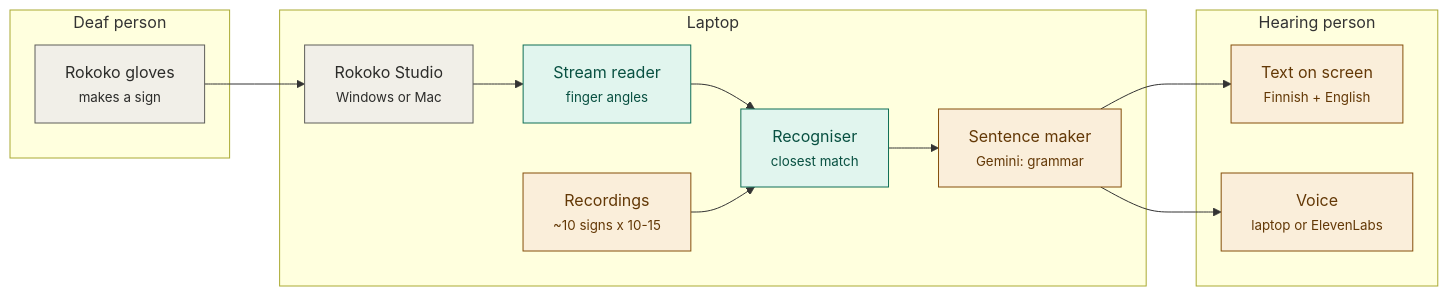
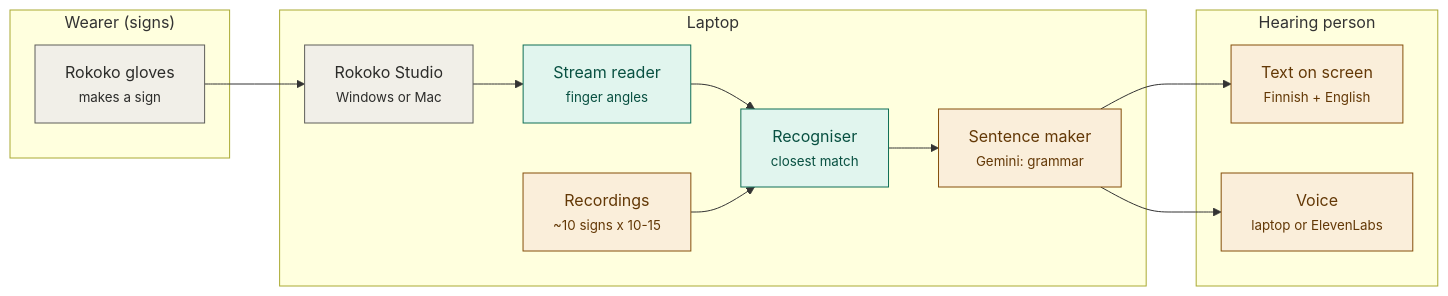
One commit to mushfiqulIslam/sign_talk changed the fourth of 4 diagrams in docs/architecture.md. Above: the diagram before and after it, drawn with Mermaid. The commit also changed other lines of this file and 8 other files, not shown here.

First line of the commit message:
Wording: say 'people with hearing loss' / 'the wearer' instead of 'deaf'

````diff
--- a/docs/architecture.md
+++ b/docs/architecture.md
@@ -187,27 +187,27 @@
 ```mermaid
 flowchart LR
-  subgraph Deaf["Deaf person"]
+  subgraph Signer["Wearer (signs)"]
     gloves["Rokoko gloves<br/><small>makes a sign</small>"]
   end
   subgraph Laptop["Laptop"]
     studio["Rokoko Studio<br/><small>Windows or Mac</small>"]
     reader["Stream reader<br/><small>finger angles</small>"]
     recog["Recogniser<br/><small>closest match</small>"]
     rec["Recordings<br/><small>~10 signs x 10-15</small>"]
     sentence["Sentence maker<br/><small>Gemini: grammar</small>"]
   end
   subgraph Hearing["Hearing person"]
     text["Text on screen<br/><small>Finnish + English</small>"]
     voice["Voice<br/><small>laptop or ElevenLabs</small>"]
   end
   gloves --> studio --> reader --> recog --> sentence
   rec --> recog
   sentence --> text
   sentence --> voice
   classDef rokoko fill:#F1EFE8,stroke:#5F5E5A,color:#2C2C2A
   classDef done fill:#E1F5EE,stroke:#0F6E56,color:#085041
   classDef next fill:#FAEEDA,stroke:#854F0B,color:#633806
   class gloves,studio rokoko
   class reader,recog done
   class rec,sentence,text,voice next
 ```
````
